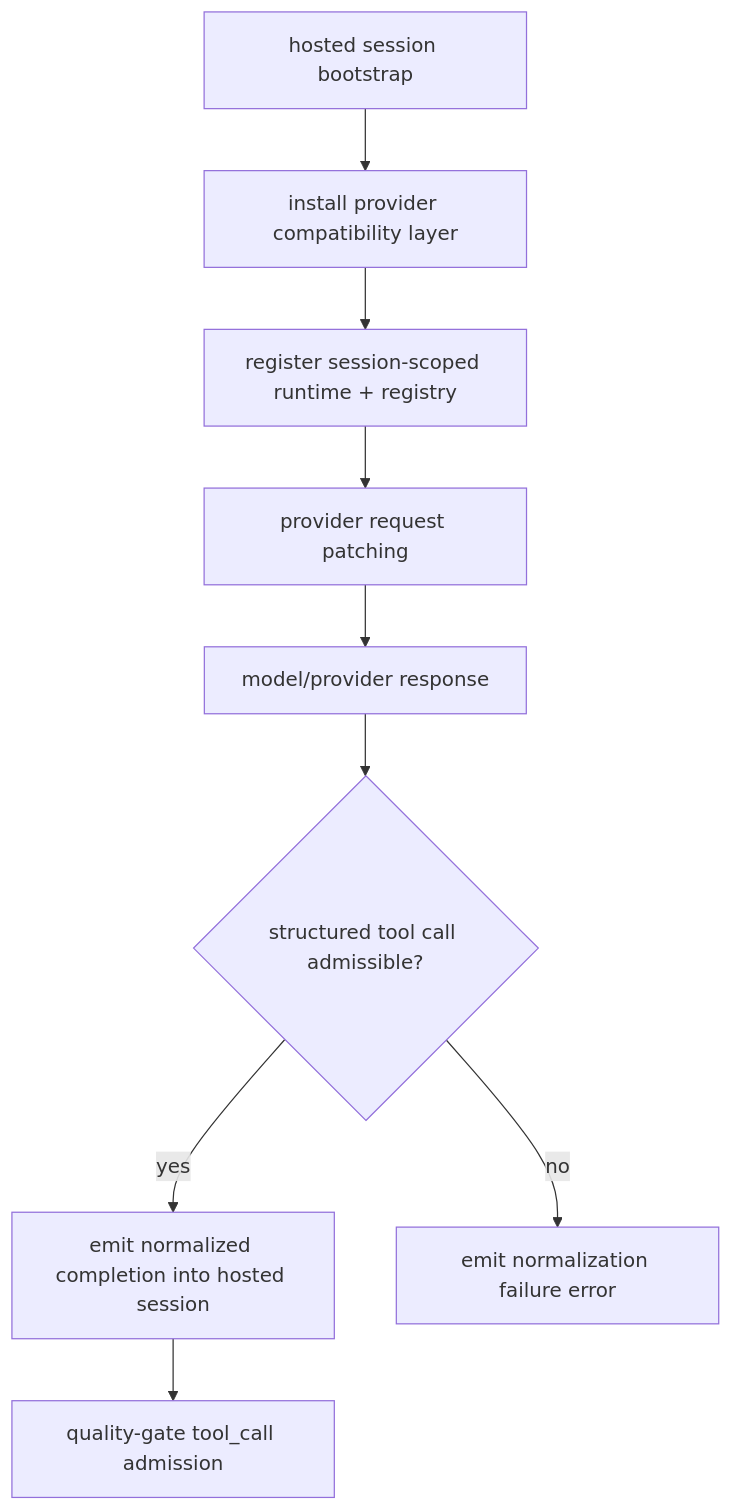
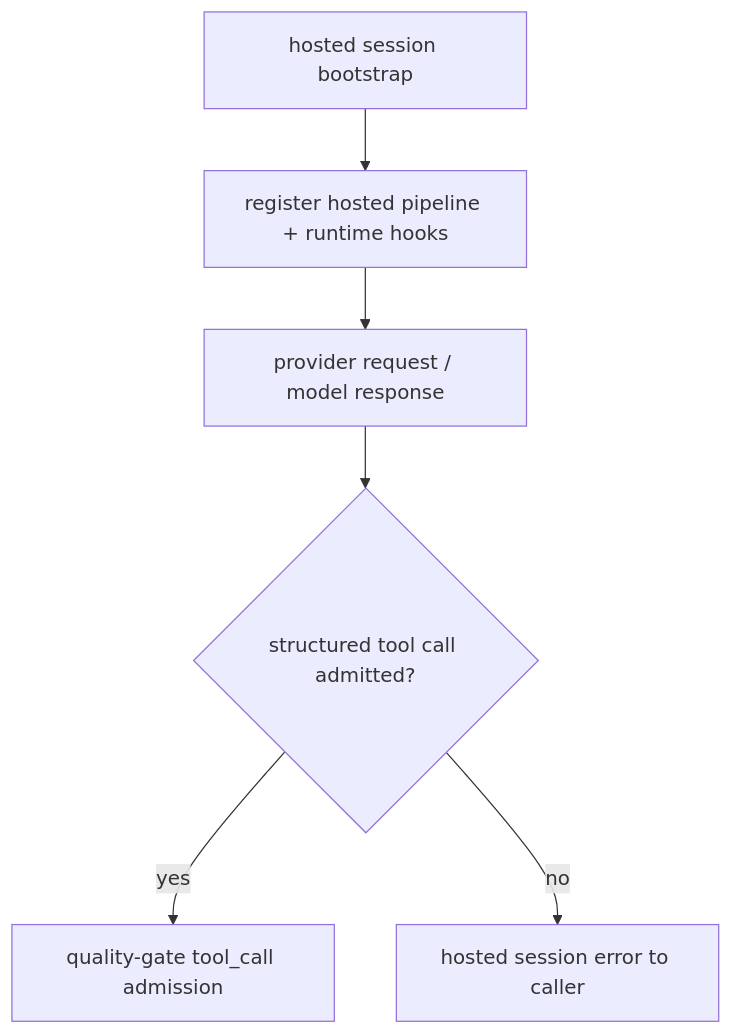
The fifth of 9 diagrams in docs/architecture/control-and-data-flow.md (arcthur/brewva), drawn with Mermaid before and after one commit. The commit also changed other lines of this file and 123 other files, not shown here.

````diff
--- a/docs/architecture/control-and-data-flow.md
+++ b/docs/architecture/control-and-data-flow.md
@@ -92,11 +85,8 @@
 ```mermaid
 flowchart TD
-  A["hosted session bootstrap"] --> B["install provider compatibility layer"]
-  B --> C["register session-scoped runtime + registry"]
-  C --> D["provider request patching"]
-  D --> E["model/provider response"]
-  E --> F{"structured tool call admissible?"}
-  F -->|yes| G["emit normalized completion into hosted session"]
-  F -->|no| H["emit normalization failure error"]
-  G --> I["quality-gate tool_call admission"]
+  A["hosted session bootstrap"] --> B["register hosted pipeline + runtime hooks"]
+  B --> C["provider request / model response"]
+  C --> D{"structured tool call admitted?"}
+  D -->|yes| E["quality-gate tool_call admission"]
+  D -->|no| F["hosted session error to caller"]
 ```
````
